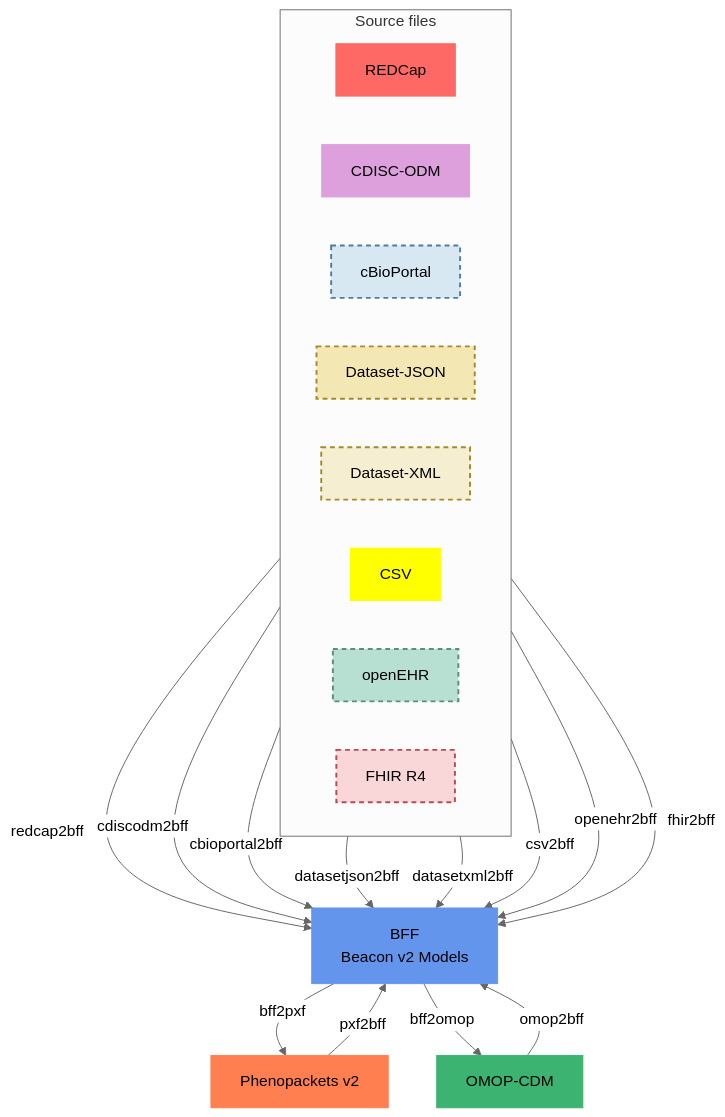
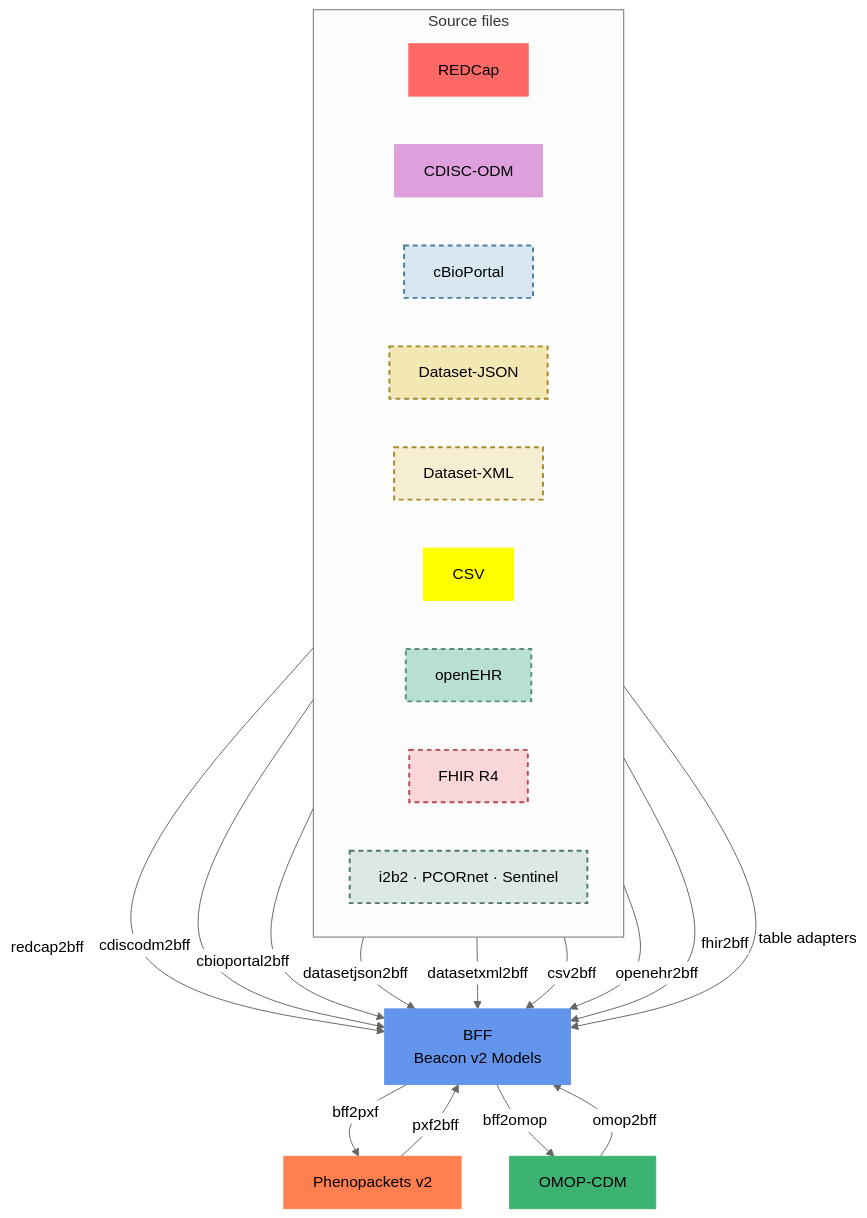
Before and after one commit to CNAG-Biomedical-Informatics/convert-pheno: the first of 2 diagrams in docs-site/docs/supported-formats.mdx, drawn with Mermaid. The commit also changed other lines of this file and 93 other files, not shown here.

Commit message:
Add clinical CDM inputs and streamline conversion architecture

````diff
--- a/docs-site/docs/supported-formats.mdx
+++ b/docs-site/docs/supported-formats.mdx
@@ -16,42 +16,45 @@
 ```mermaid
 %%{init:{'theme':'neutral'}}%%
 graph TB
   subgraph "Source files"
     direction LR
     C[REDCap]
     E[CDISC-ODM]
     K[cBioPortal]
     H[Dataset-JSON]
     X[Dataset-XML]
     F[CSV]
     G[openEHR]
     J[FHIR R4]
+    R["i2b2 · PCORnet · Sentinel"]
   end
 
   A["BFF<br/>Beacon v2 Models"]
 
   C -->|redcap2bff| A
   E -->|cdiscodm2bff| A
   K -->|cbioportal2bff| A
   H -->|datasetjson2bff| A
   X -->|datasetxml2bff| A
   F -->|csv2bff| A
   G -->|openehr2bff| A
   J -->|fhir2bff| A
+  R -->|table adapters| A
   B[Phenopackets v2] -->|pxf2bff| A
   A -->|bff2pxf| B
   D[OMOP-CDM] -->|omop2bff| A
   A -->|bff2omop| D
 
   style A fill:#6495ED,stroke:#6495ED
   style B fill:#FF7F50,stroke:#FF7F50
   style C fill:#FF6965,stroke:#FF6965
   style D fill:#3CB371,stroke:#3CB371
   style E fill:#DDA0DD,stroke:#DDA0DD
   style K fill:#D7E8F2,stroke:#507F9D,stroke-width:2px,stroke-dasharray:5 4
   style H fill:#F3E7B3,stroke:#A58A28,stroke-width:2px,stroke-dasharray:5 4
   style X fill:#F6EED0,stroke:#A58A28,stroke-width:2px,stroke-dasharray:5 4
   style F fill:#FFFF00,stroke:#FFFF00
   style G fill:#B8E0D2,stroke:#5B8F7B,stroke-width:2px,stroke-dasharray:5 4
   style J fill:#F9D7D9,stroke:#B74A55,stroke-width:2px,stroke-dasharray:5 4
+  style R fill:#DCE8E2,stroke:#507865,stroke-width:2px,stroke-dasharray:5 4
 ```
````
